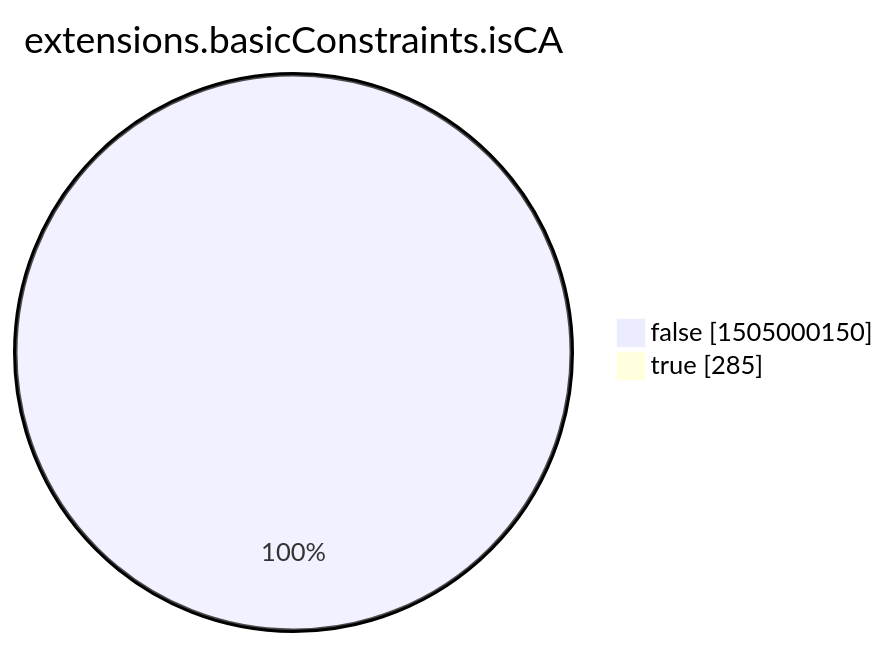
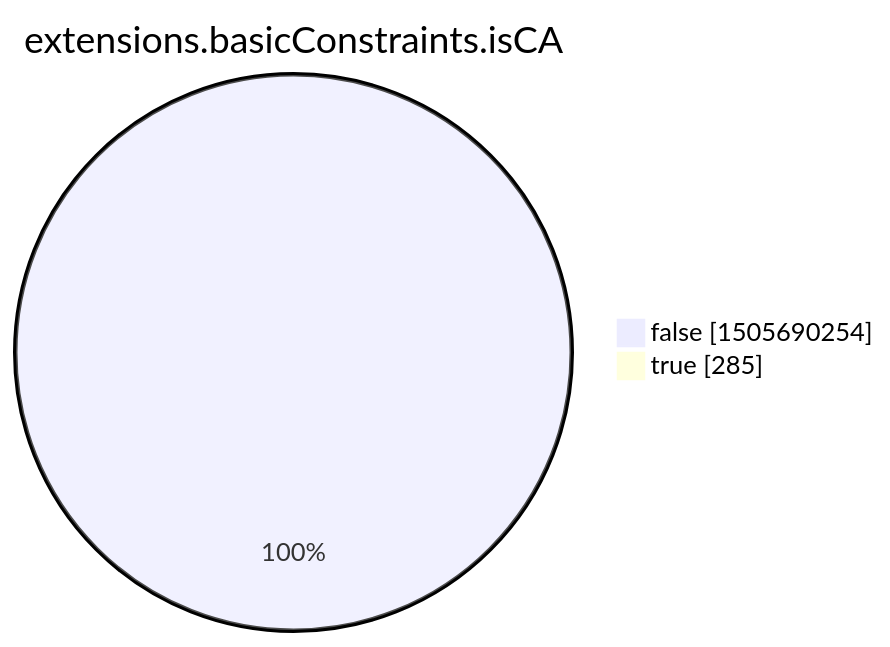
The eighth of 15 diagrams in xenon2022/README.md (christiankrug/ctmonitor_visualization), drawn with Mermaid before and after one commit. The commit also changed other lines of this file, not shown here.

````diff
--- a/xenon2022/README.md
+++ b/xenon2022/README.md
@@ -2854,6 +2854,6 @@
 ```mermaid
 pie showData
 title extensions.basicConstraints.isCA
-"false" :1505000150
+"false" :1505690254
 "true" :285
 ```
````
